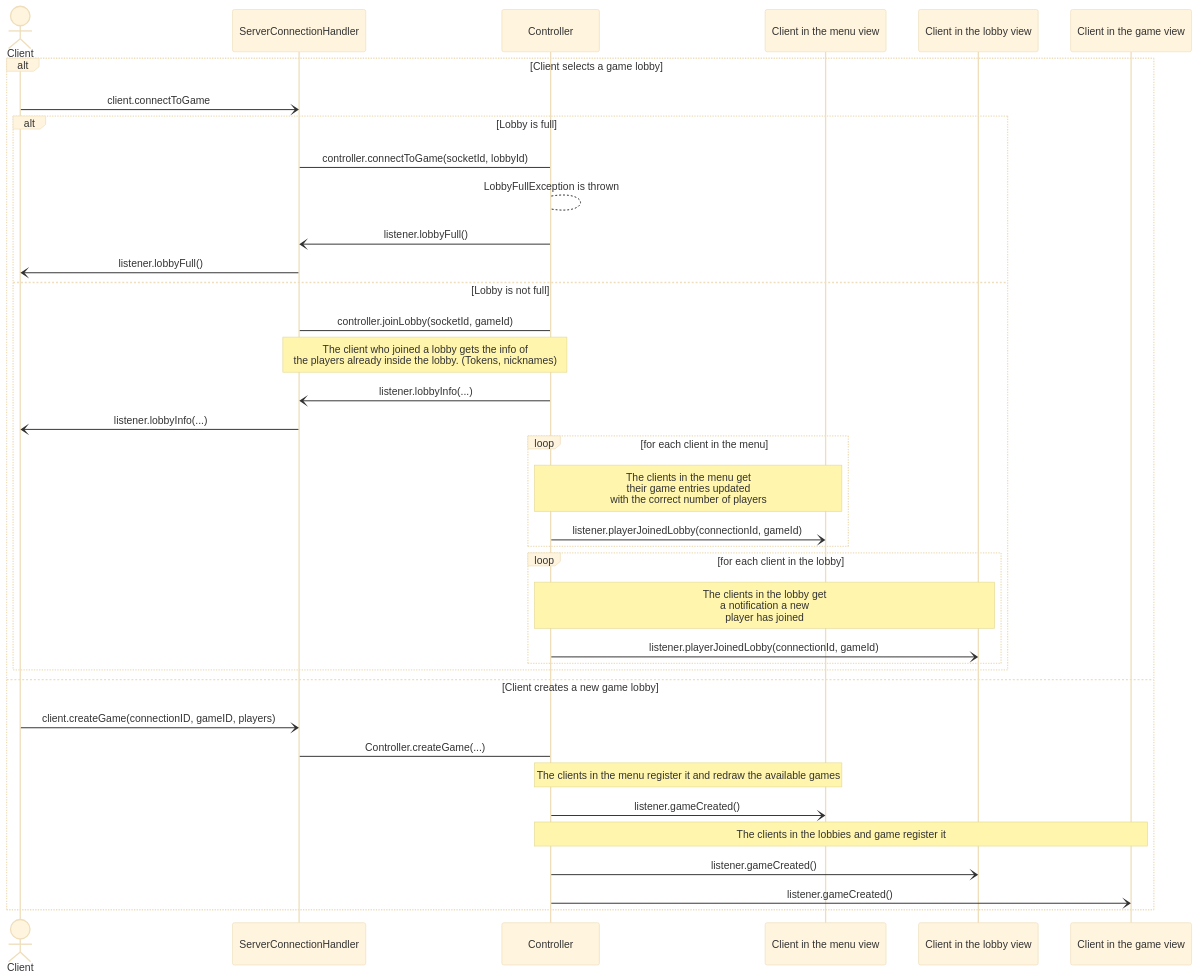
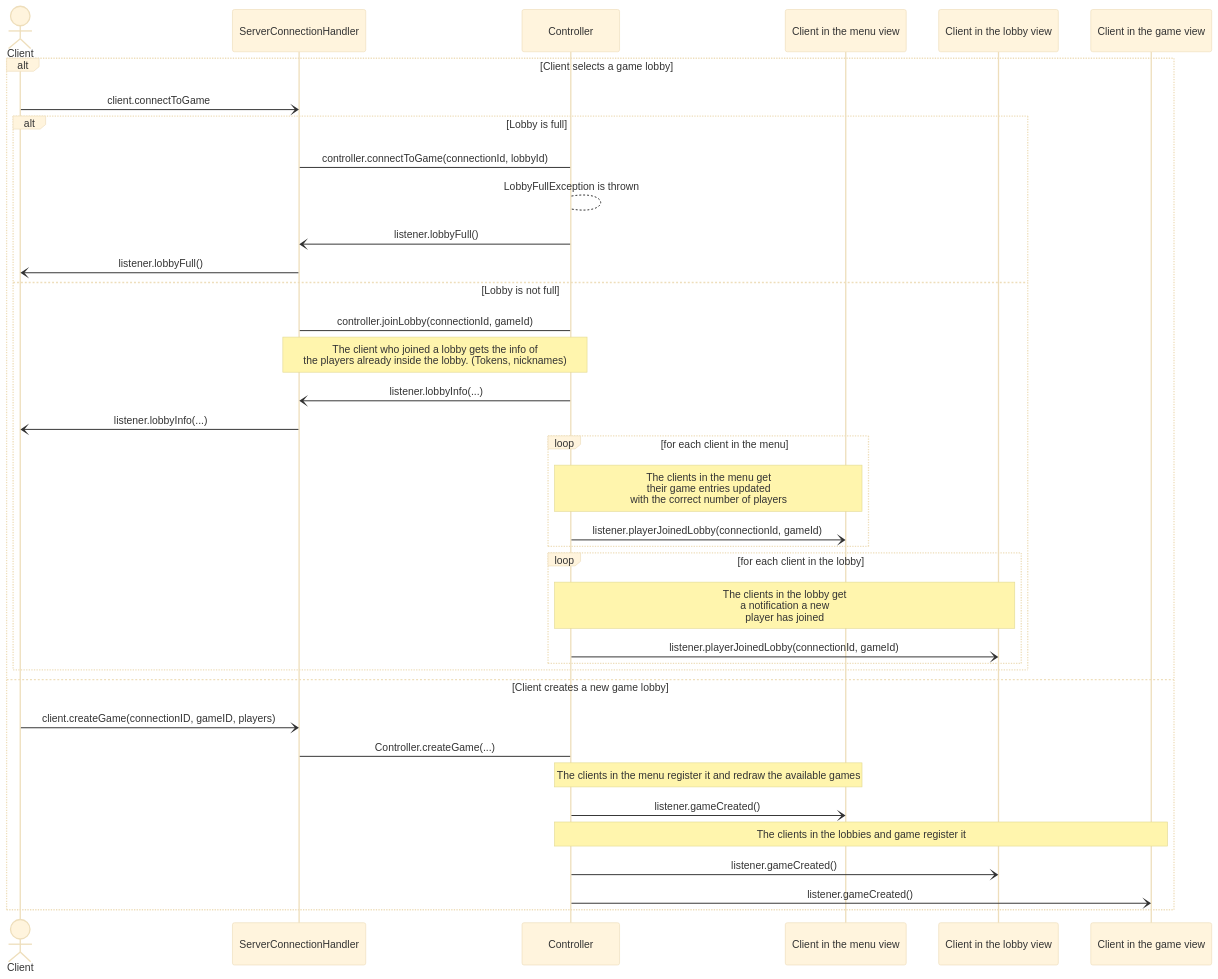
One commit to frephs/IS24-AM21 changed the fifth of 9 diagrams in documentation_wip/network_protocol.md. Above: the diagram before and after it, drawn with Mermaid (base theme). The commit also changed other lines of this file, not shown here.

````diff
--- a/documentation_wip/network_protocol.md
+++ b/documentation_wip/network_protocol.md
@@ -137,43 +136,43 @@
 ```mermaid
 sequenceDiagram
     actor Client
 
    
     # Join the Game Lobby
     alt Client selects a game lobby
 
     Client -) ServerConnectionHandler : client.connectToGame
     alt Lobby is full
-        ServerConnectionHandler -> Controller : controller.connectToGame(socketId, lobbyId)
+        ServerConnectionHandler -> Controller : controller.connectToGame(connectionId, lobbyId)
         Controller --> Controller : LobbyFullException is thrown
         Controller -) ServerConnectionHandler : listener.lobbyFull()
         ServerConnectionHandler -) Client : listener.lobbyFull()
     else Lobby is not full
-         ServerConnectionHandler -> Controller : controller.joinLobby(socketId, gameId)
+         ServerConnectionHandler -> Controller : controller.joinLobby(connectionId, gameId)
          Note over Controller, ServerConnectionHandler:  The client who joined a lobby gets the info of <br> the players already inside the lobby. (Tokens, nicknames)
         Controller -) ServerConnectionHandler : listener.lobbyInfo(...)
         ServerConnectionHandler -) Client : listener.lobbyInfo(...)
         loop for each client in the menu 
             Note over Controller, Client in the menu view: The clients in the menu get <br> their game entries updated <br> with the correct number of players
             Controller -) Client in the menu view : listener.playerJoinedLobby(connectionId, gameId)
         end
         loop for each client in the lobby
             Note Over Controller, Client in the lobby view: The clients in the lobby get <br> a notification a new  <br> player has joined
             Controller -) Client in the lobby view :  listener.playerJoinedLobby(connectionId, gameId)
         end
     end
     
 
     else Client creates a new game lobby
         Client -) ServerConnectionHandler : client.createGame(connectionID, gameID, players)
         ServerConnectionHandler -> Controller : Controller.createGame(...)
         Note over Controller, Client in the menu view : The clients in the menu register it and redraw the available games
         Controller -) Client in the menu view : listener.gameCreated() 
         Note over Controller, Client in the game view : The clients in the lobbies and game register it 
         Controller -) Client in the lobby view : listener.gameCreated()
         Controller -) Client in the game view : listener.gameCreated()
 
 
     end
 
 ```
````
